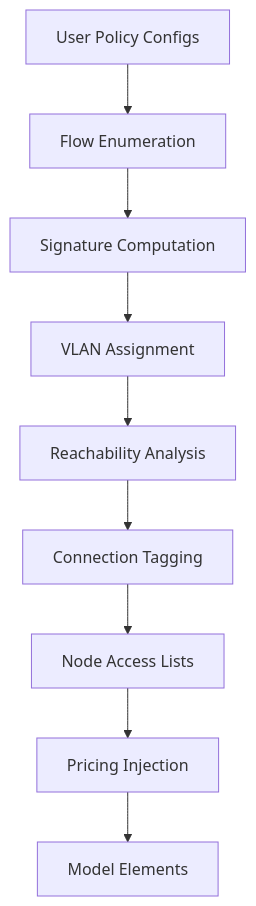
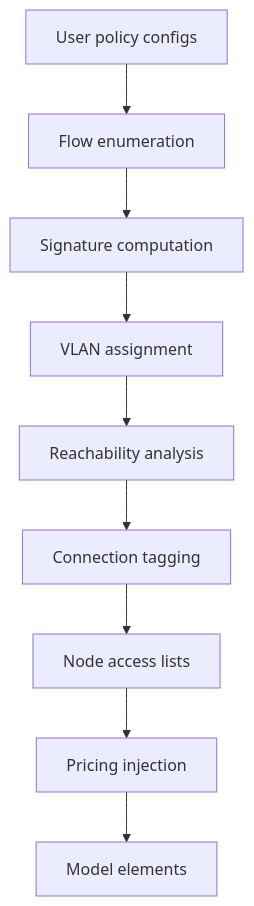
The diagram in docs/modeling/tagged-power.md (hass-energy/haeo), drawn with Mermaid before and after one commit. The commit also changed other lines of this file and 2 other files, not shown here.

First line of the commit message:
docs: apply SemBr and guideline-aligned policy docs

````diff
--- a/docs/modeling/tagged-power.md
+++ b/docs/modeling/tagged-power.md
@@ -131,11 +122,11 @@
 ```mermaid
 graph TD
-    A[User Policy Configs] --> B[Flow Enumeration]
-    B --> C[Signature Computation]
-    C --> D[VLAN Assignment]
-    D --> E[Reachability Analysis]
-    E --> F[Connection Tagging]
-    F --> G[Node Access Lists]
-    G --> H[Pricing Injection]
-    H --> I[Model Elements]
+    A[User policy configs] --> B[Flow enumeration]
+    B --> C[Signature computation]
+    C --> D[VLAN assignment]
+    D --> E[Reachability analysis]
+    E --> F[Connection tagging]
+    F --> G[Node access lists]
+    G --> H[Pricing injection]
+    H --> I[Model elements]
 ```
````
